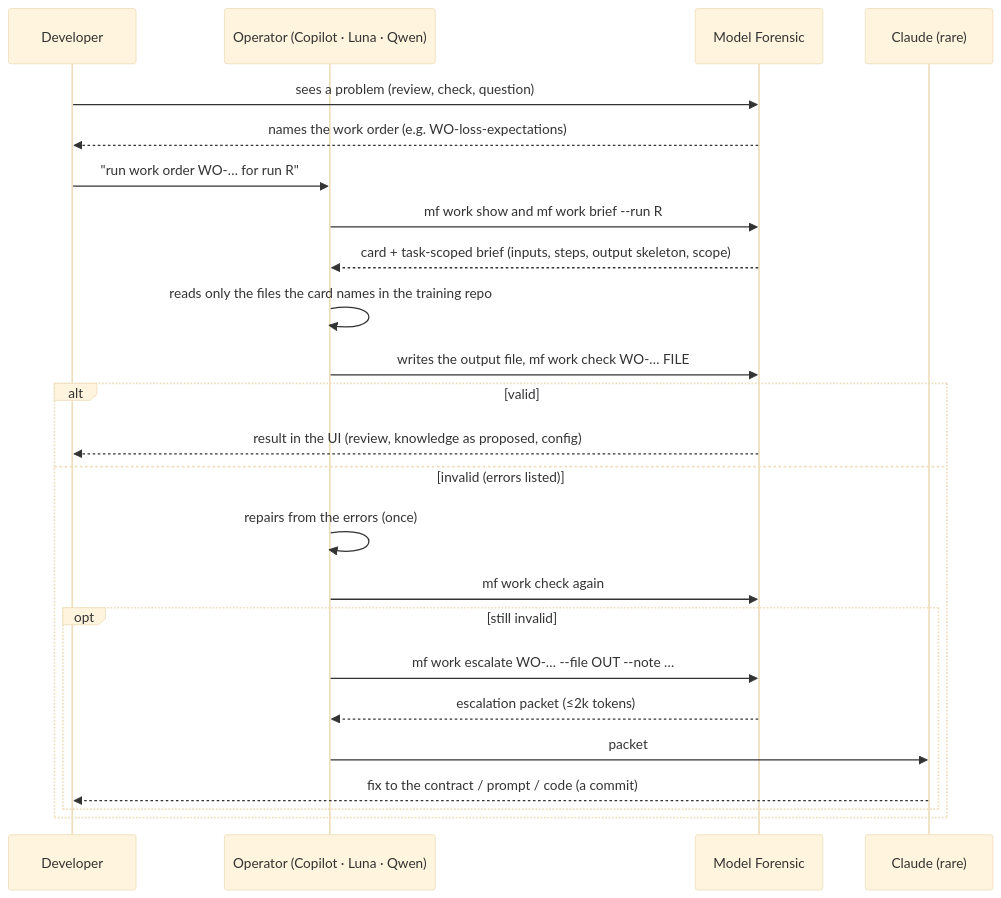
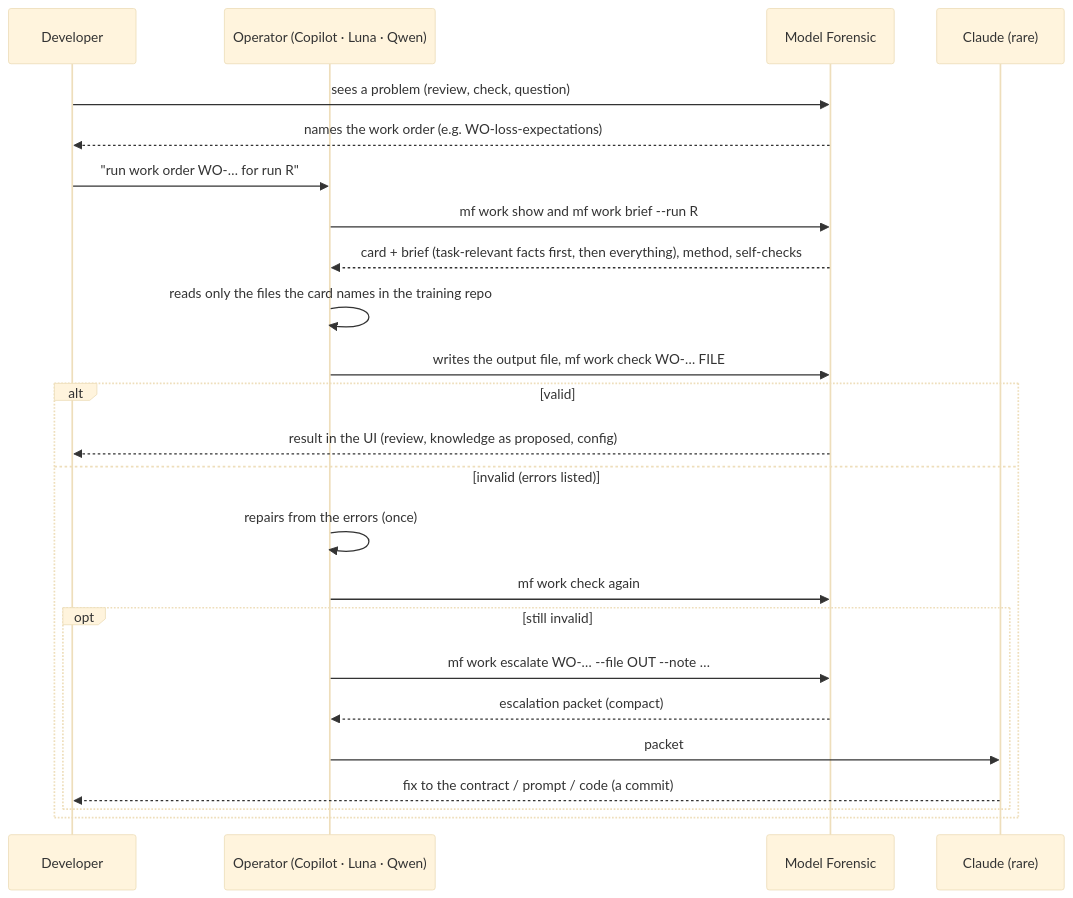
One commit to create2moment-jpg/Model-Forensic- changed the fourth of 4 diagrams in docs/design-review.md. Above: the diagram before and after it, drawn with Mermaid (base theme). The commit also changed other lines of this file and 9 other files, not shown here.

First line of the commit message:
Operator limit is judgement, not context: briefs order by focus and cut nothing, budgets removed, cards carry method and self-checks

````diff
--- a/docs/design-review.md
+++ b/docs/design-review.md
@@ -171,26 +171,26 @@
 ```mermaid
 sequenceDiagram
   participant Dev as Developer
   participant Op as Operator (Copilot · Luna · Qwen)
   participant MF as Model Forensic
   participant C as Claude (rare)
   Dev->>MF: sees a problem (review, check, question)
   MF-->>Dev: names the work order (e.g. WO-loss-expectations)
   Dev->>Op: "run work order WO-… for run R"
   Op->>MF: mf work show and mf work brief --run R
-  MF-->>Op: card + task-scoped brief (inputs, steps, output skeleton, scope)
+  MF-->>Op: card + brief (task-relevant facts first, then everything), method, self-checks
   Op->>Op: reads only the files the card names in the training repo
   Op->>MF: writes the output file, mf work check WO-… FILE
   alt valid
     MF-->>Dev: result in the UI (review, knowledge as proposed, config)
   else invalid (errors listed)
     Op->>Op: repairs from the errors (once)
     Op->>MF: mf work check again
     opt still invalid
       Op->>MF: mf work escalate WO-… --file OUT --note …
-      MF-->>Op: escalation packet (≤2k tokens)
+      MF-->>Op: escalation packet (compact)
       Op->>C: packet
       C-->>Dev: fix to the contract / prompt / code (a commit)
     end
   end
 ```
````
